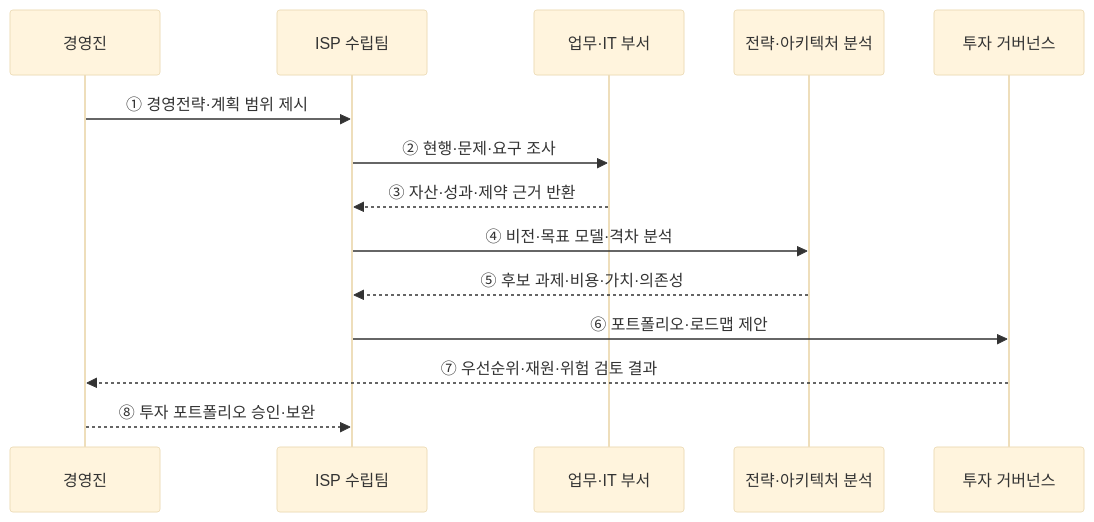
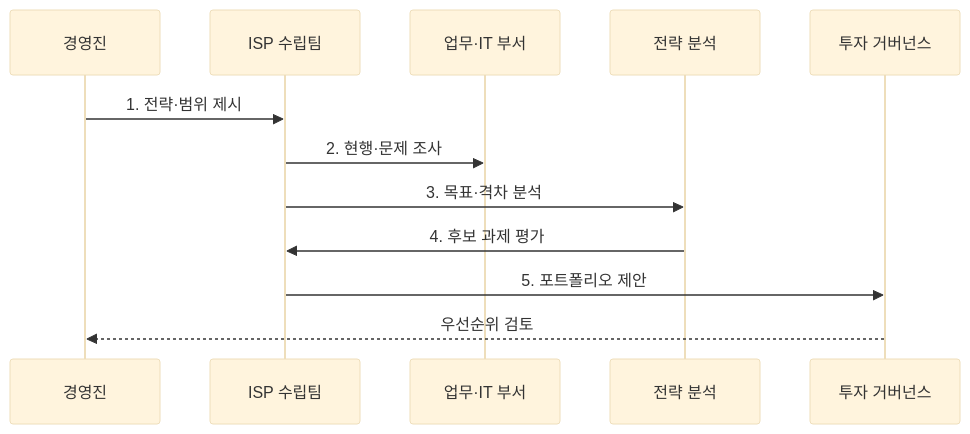
One commit to agnusdei1207/knowledge-base changed the second of 2 diagrams in src/content/docs/notes/03-software/188_isp.md. Above: the diagram before and after it, drawn with Mermaid (base theme). The commit also changed other lines of this file and 20 other files, not shown here.

````diff
--- a/src/content/docs/notes/03-software/188_isp.md
+++ b/src/content/docs/notes/03-software/188_isp.md
@@ -68,16 +77,14 @@
 ```mermaid
 sequenceDiagram
     participant E as 경영진
     participant T as ISP 수립팀
     participant B as 업무·IT 부서
-    participant A as 전략·아키텍처 분석
+    participant A as 전략 분석
     participant G as 투자 거버넌스
-    E->>T: ① 경영전략·계획 범위 제시
-    T->>B: ② 현행·문제·요구 조사
-    B-->>T: ③ 자산·성과·제약 근거 반환
-    T->>A: ④ 비전·목표 모델·격차 분석
-    A-->>T: ⑤ 후보 과제·비용·가치·의존성
-    T->>G: ⑥ 포트폴리오·로드맵 제안
-    G-->>E: ⑦ 우선순위·재원·위험 검토 결과
-    E-->>T: ⑧ 투자 포트폴리오 승인·보완
+    E->>T: 1. 전략·범위 제시
+    T->>B: 2. 현행·문제 조사
+    T->>A: 3. 목표·격차 분석
+    A->>T: 4. 후보 과제 평가
+    T->>G: 5. 포트폴리오 제안
+    G-->>E: 우선순위 검토
 ```
````
